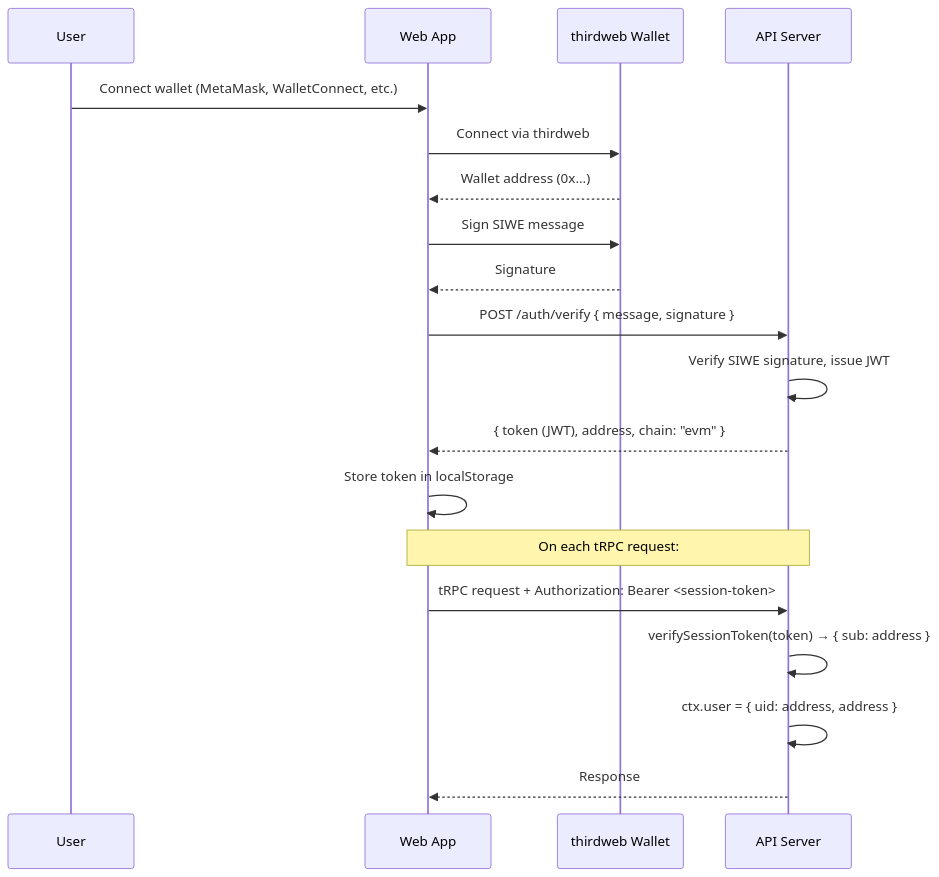
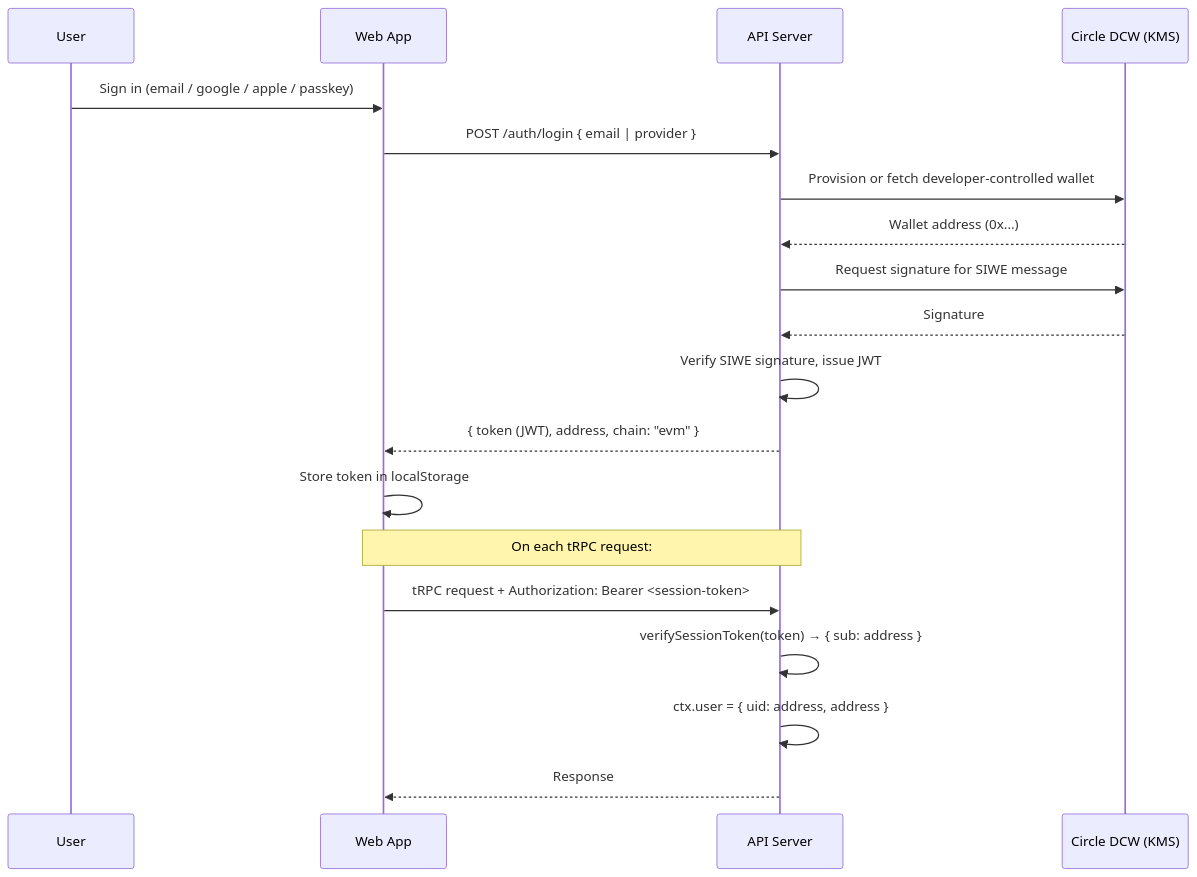
Before and after one commit to EcosystemNetwork/loar: the third of 3 diagrams in docs/architecture.md, drawn with Mermaid. The commit also changed other lines of this file and 106 other files, not shown here.

````diff
--- a/docs/architecture.md
+++ b/docs/architecture.md
@@ -185,24 +185,23 @@
 ```mermaid
 sequenceDiagram
     participant User
     participant Web as Web App
-    participant Wallet as thirdweb Wallet
     participant Server as API Server
+    participant Circle as Circle DCW (KMS)
 
-    User->>Web: Connect wallet (MetaMask, WalletConnect, etc.)
-    Web->>Wallet: Connect via thirdweb
-    Wallet-->>Web: Wallet address (0x...)
-    Web->>Wallet: Sign SIWE message
-    Wallet-->>Web: Signature
-
-    Web->>Server: POST /auth/verify { message, signature }
+    User->>Web: Sign in (email / google / apple / passkey)
+    Web->>Server: POST /auth/login { email | provider }
+    Server->>Circle: Provision or fetch developer-controlled wallet
+    Circle-->>Server: Wallet address (0x...)
+    Server->>Circle: Request signature for SIWE message
+    Circle-->>Server: Signature
     Server->>Server: Verify SIWE signature, issue JWT
     Server-->>Web: { token (JWT), address, chain: "evm" }
     Web->>Web: Store token in localStorage
 
     Note over Web,Server: On each tRPC request:
     Web->>Server: tRPC request + Authorization: Bearer <session-token>
     Server->>Server: verifySessionToken(token) → { sub: address }
     Server->>Server: ctx.user = { uid: address, address }
     Server-->>Web: Response
 ```
````
